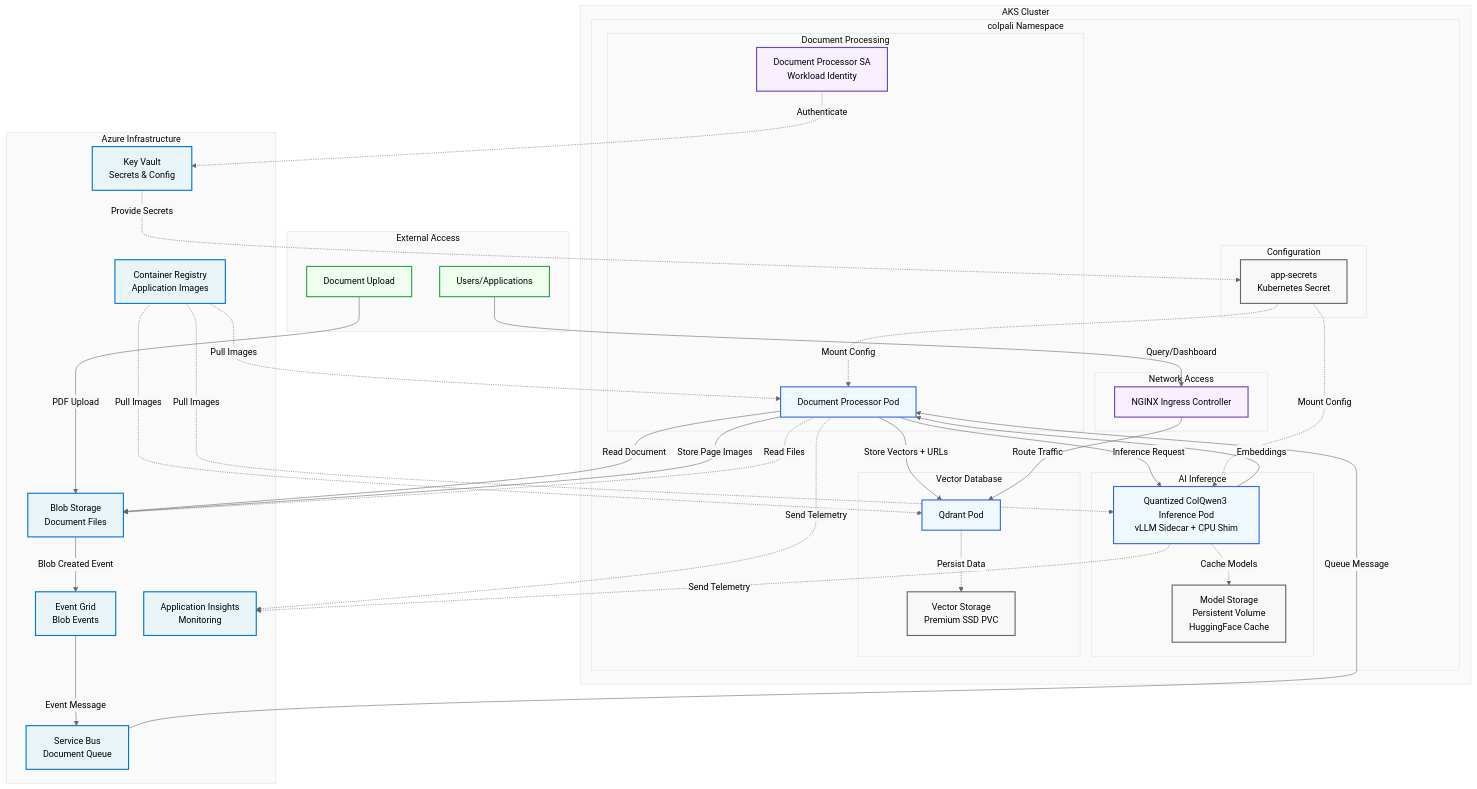
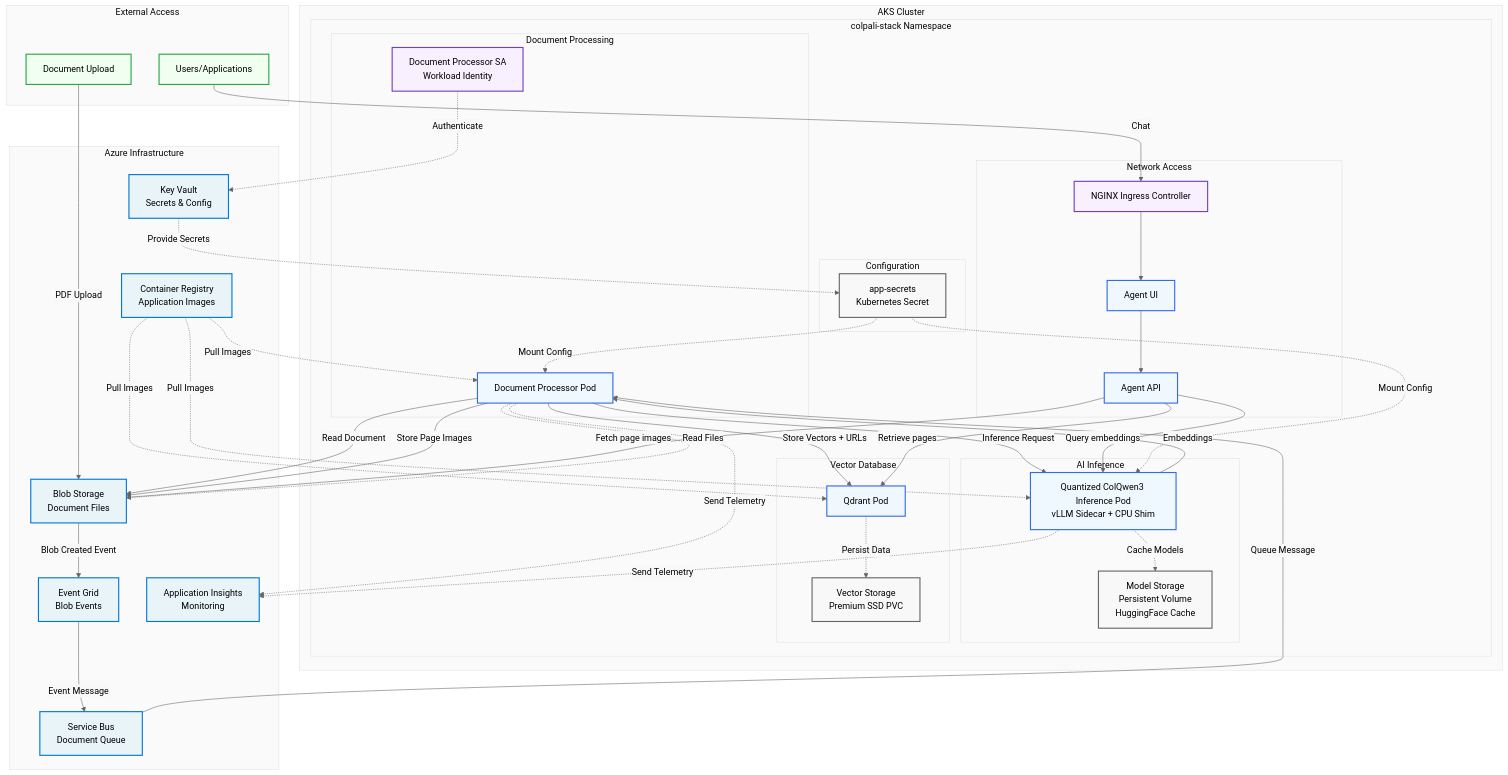
Before and after one commit to microsoft/multi-modal-rag-with-colpali: the diagram in modules/helm/colpali-stack/README.md, drawn with Mermaid. The commit also changed other lines of this file and 5 other files, not shown here.

First line of the commit message:
docs: remove stale implementation history and correct architecture

```diff
--- a/modules/helm/colpali-stack/README.md
+++ b/modules/helm/colpali-stack/README.md
@@ -166,7 +165,7 @@
 }}%%
 graph TB
     subgraph "AKS Cluster"
-        subgraph "colpali Namespace"
+        subgraph "colpali-stack Namespace"
             subgraph "Document Processing"
                 DP[Document Processor Pod]
                 DPSA[Document Processor SA<br/>Workload Identity]
@@ -184,6 +183,8 @@
 
             subgraph "Network Access"
                 IG[NGINX Ingress Controller]
+                UI[Agent UI]
+                API[Agent API]
             end
 
             subgraph "Configuration"
@@ -215,8 +216,12 @@
     CI -->|Embeddings| DP
     DP -->|Store Page Images| ST
     DP -->|Store Vectors + URLs| QD
-    USER -->|Query/Dashboard| IG
-    IG -->|Route Traffic| QD
+    USER -->|Chat| IG
+    IG --> UI
+    UI --> API
+    API -->|Query embeddings| CI
+    API -->|Retrieve pages| QD
+    API -->|Fetch page images| ST
 
     DPSA -.->|Authenticate| KV
     KV -.->|Provide Secrets| AS
@@ -239,7 +244,7 @@
     classDef external fill:#f0fff0,stroke:#28a745,stroke-width:2px
     classDef network fill:#f8f0ff,stroke:#6f42c1,stroke-width:2px
 
-    class DP,CI,QD pod
+    class DP,CI,QD,UI,API pod
     class HFPV,QDPV,AS storage
     class KV,EG,SB,ST,AI,ACR azure
     class USER,DOCS external
```
